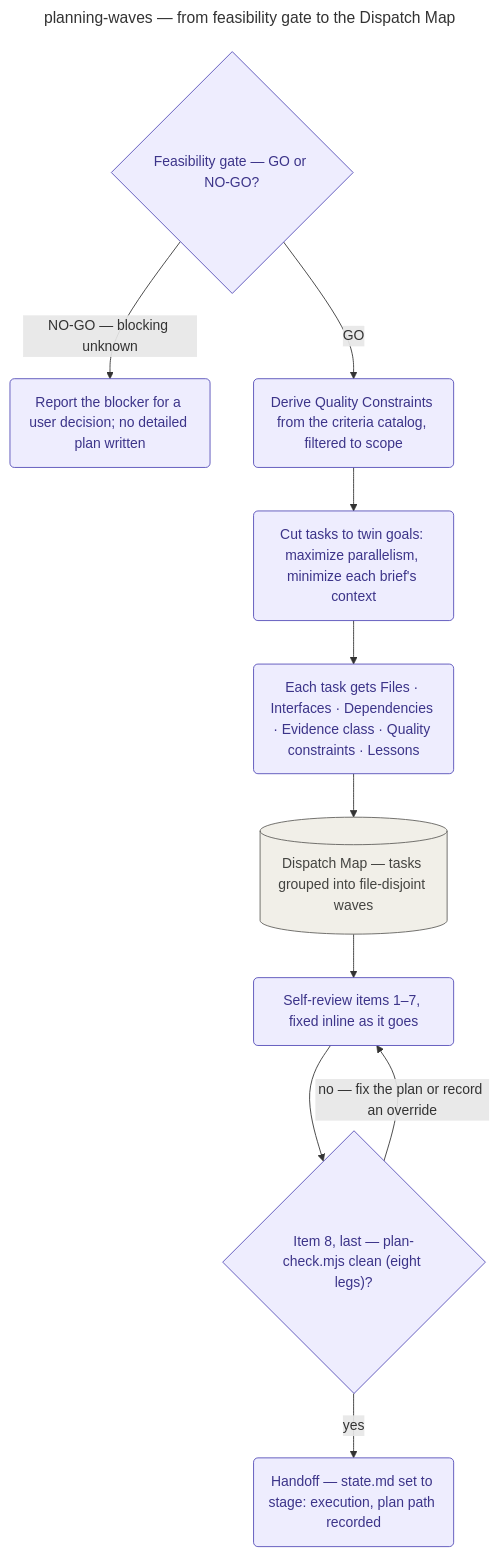
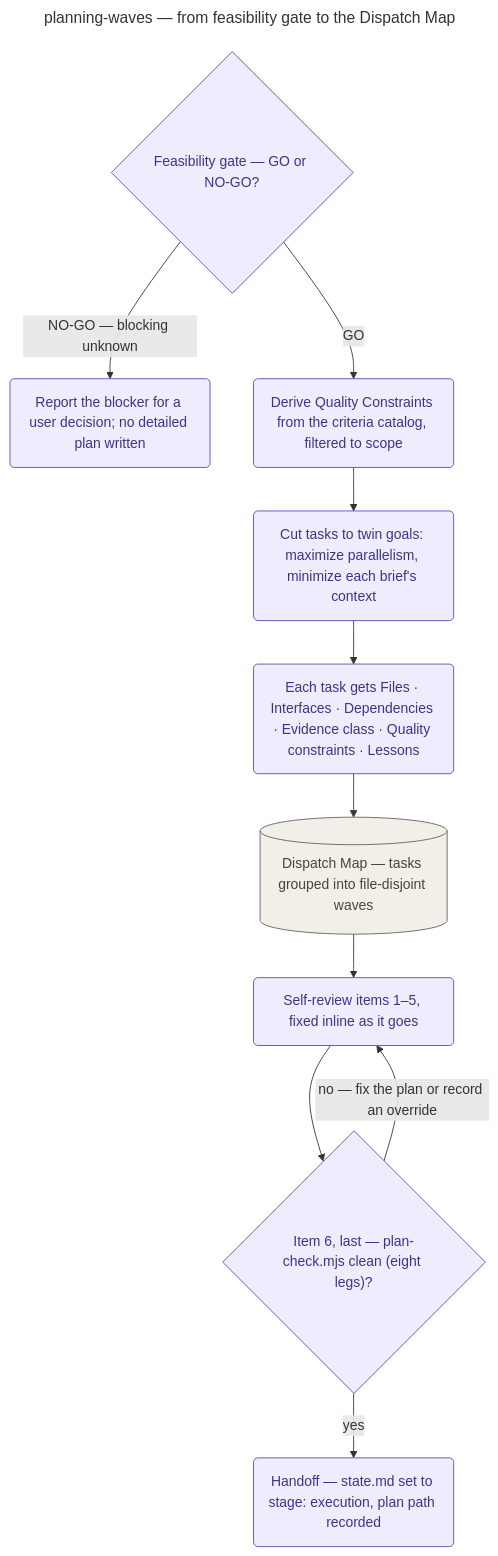
Before and after one commit to KonstantinRoehrl/devcycle: the diagram in docs/playbooks/planning-waves/README.md, drawn with Mermaid. The commit also changed other lines of this file and 12 other files, not shown here.

First line of the commit message:
refactor(planning): split drafter rules into plan-task-format and gate on spec-claims (#444)

````diff
--- a/docs/playbooks/planning-waves/README.md
+++ b/docs/playbooks/planning-waves/README.md
@@ -86,21 +88,21 @@
 ```mermaid
 ---
 title: planning-waves — from feasibility gate to the Dispatch Map
-accDescr: Playbook-internal flowchart of the planning stage, from the feasibility gate's GO/NO-GO verdict through quality-constraint derivation, task cutting to the twin goals of parallelism and minimal context, the Dispatch Map, the eight-item self-review ending in the plan gate, and the handoff to execution.
+accDescr: Playbook-internal flowchart of the planning stage, from the feasibility gate's GO/NO-GO verdict through quality-constraint derivation, task cutting to the twin goals of parallelism and minimal context, the Dispatch Map, the six-item self-review ending in the plan gate, and the handoff to execution.
 ---
 flowchart TD
     FEAS{"Feasibility gate — GO or NO-GO?"}:::stage
     FEAS -->|"NO-GO — blocking unknown"| REPORT("Report the blocker for a user decision; no detailed plan written"):::stage
     FEAS -->|GO| QC("Derive Quality Constraints from the criteria catalog, filtered to scope"):::stage
     QC --> CUT("Cut tasks to twin goals: maximize parallelism, minimize each brief's context"):::stage
     CUT --> TASK("Each task gets Files · Interfaces · Dependencies · Evidence class · Quality constraints · Lessons"):::stage
     TASK --> MAP[("Dispatch Map — tasks grouped into file-disjoint waves")]:::structural
-    MAP --> SELFREVIEW("Self-review items 1–7, fixed inline as it goes"):::stage
-    SELFREVIEW --> GATE{"Item 8, last — plan-check.mjs clean (eight legs)?"}:::stage
+    MAP --> SELFREVIEW("Self-review items 1–5, fixed inline as it goes"):::stage
+    SELFREVIEW --> GATE{"Item 6, last — plan-check.mjs clean (eight legs)?"}:::stage
     GATE -->|"no — fix the plan or record an override"| SELFREVIEW
     GATE -->|yes| HANDOFF("Handoff — state.md set to stage: execution, plan path recorded"):::stage
 
     classDef stage fill:#EEEDFE,stroke:#534AB7,color:#3C3489;
     classDef tool fill:#E1F5EE,stroke:#0F6E56,color:#085041,stroke-dasharray:5 5;
     classDef structural fill:#F1EFE8,stroke:#5F5E5A,color:#444441;
 ```
````
